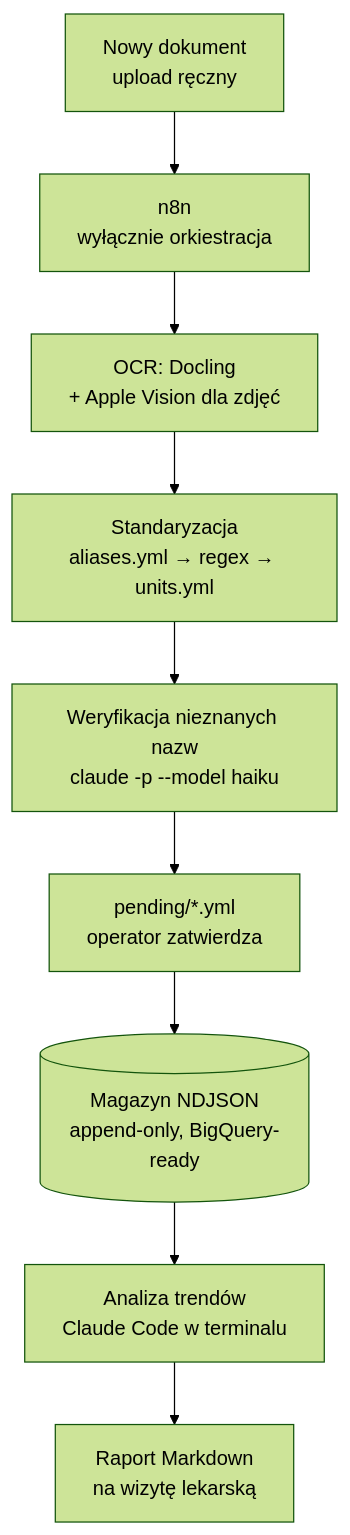
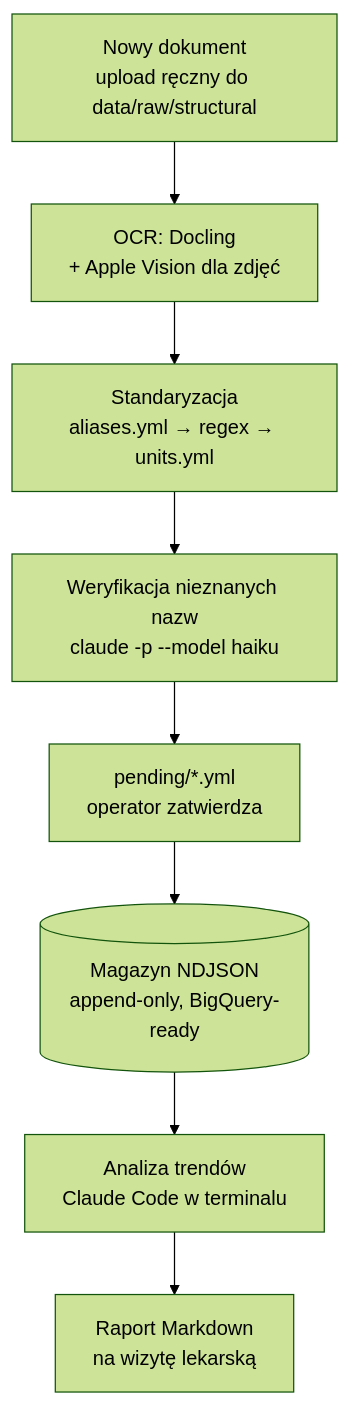
The first of 4 diagrams in docs/roadmap.md (pmackowka/document-intelligence-platform), drawn with Mermaid (forest theme) before and after one commit. The commit also changed other lines of this file and 7 other files, not shown here.

````diff
--- a/docs/roadmap.md
+++ b/docs/roadmap.md
@@ -17,11 +17,10 @@
 ```mermaid
 flowchart TD
-    IN["Nowy dokument<br>upload ręczny"] --> N8N["n8n<br>wyłącznie orkiestracja"]
-    N8N --> OCR["OCR: Docling<br>+ Apple Vision dla zdjęć"]
+    IN["Nowy dokument<br>upload ręczny do data/raw/structural"] --> OCR["OCR: Docling<br>+ Apple Vision dla zdjęć"]
     OCR --> ST["Standaryzacja<br>aliases.yml → regex → units.yml"]
     ST --> AV["Weryfikacja nieznanych nazw<br>claude -p --model haiku"]
     AV --> PA["pending/*.yml<br>operator zatwierdza"]
     PA --> D[("Magazyn NDJSON<br>append-only, BigQuery-ready")]
     D --> AN["Analiza trendów<br>Claude Code w terminalu"]
     AN --> RP["Raport Markdown<br>na wizytę lekarską"]
 ```
````
